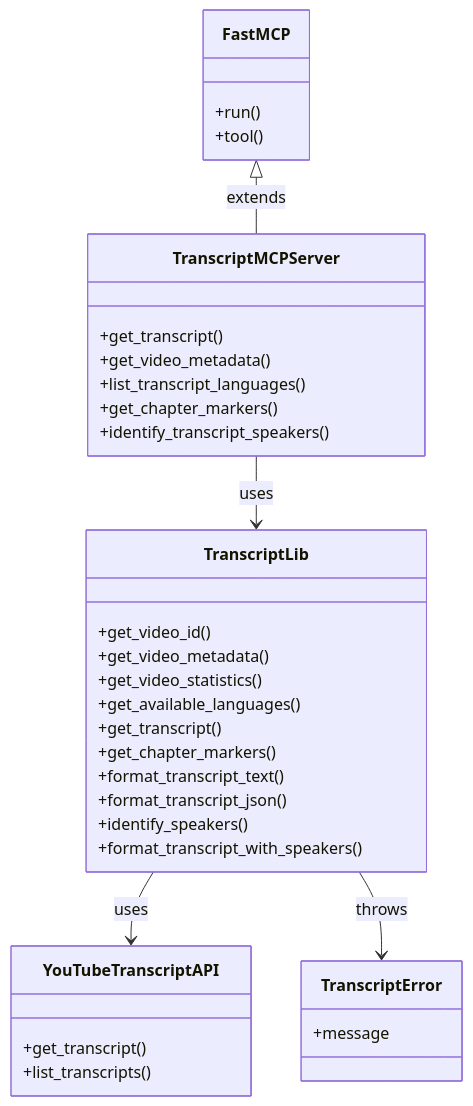
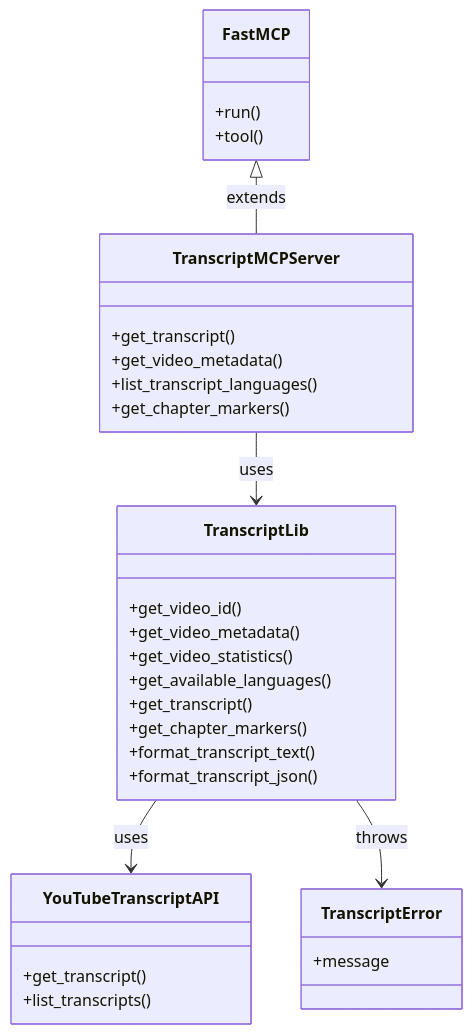
The second of 3 diagrams in README.md (palvindersander/youtube-transcript-mcp), drawn with Mermaid before and after one commit. The commit also changed other lines of this file and 5 other files, not shown here.

````diff
--- a/README.md
+++ b/README.md
@@ -41,42 +41,39 @@
 ```mermaid
 classDiagram
     class FastMCP {
         +run()
         +tool()
     }
     
     class TranscriptMCPServer {
         +get_transcript()
         +get_video_metadata()
         +list_transcript_languages()
         +get_chapter_markers()
-        +identify_transcript_speakers()
     }
     
     class TranscriptLib {
         +get_video_id()
         +get_video_metadata()
         +get_video_statistics()
         +get_available_languages()
         +get_transcript()
         +get_chapter_markers()
         +format_transcript_text()
         +format_transcript_json()
-        +identify_speakers()
-        +format_transcript_with_speakers()
     }
     
     class YouTubeTranscriptAPI {
         +get_transcript()
         +list_transcripts()
     }
     
     class TranscriptError {
         +message
     }
     
     FastMCP <|-- TranscriptMCPServer : extends
     TranscriptMCPServer --> TranscriptLib : uses
     TranscriptLib --> YouTubeTranscriptAPI : uses
     TranscriptLib --> TranscriptError : throws
 ```
````
